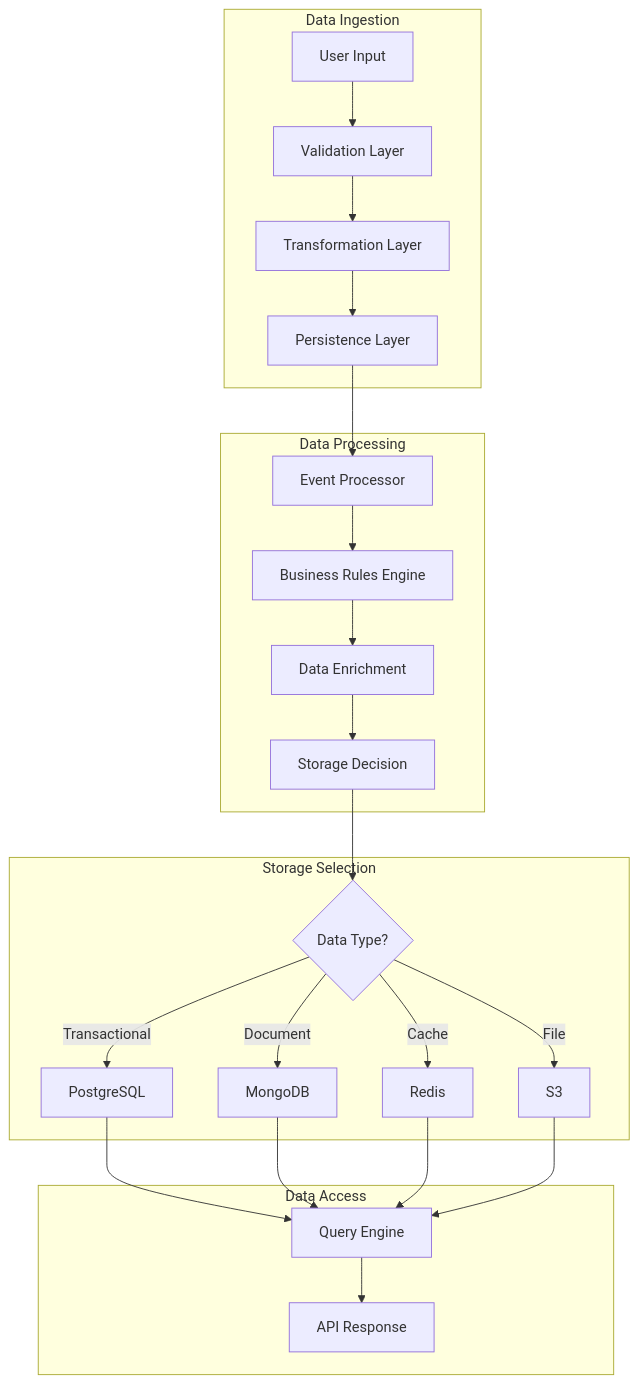
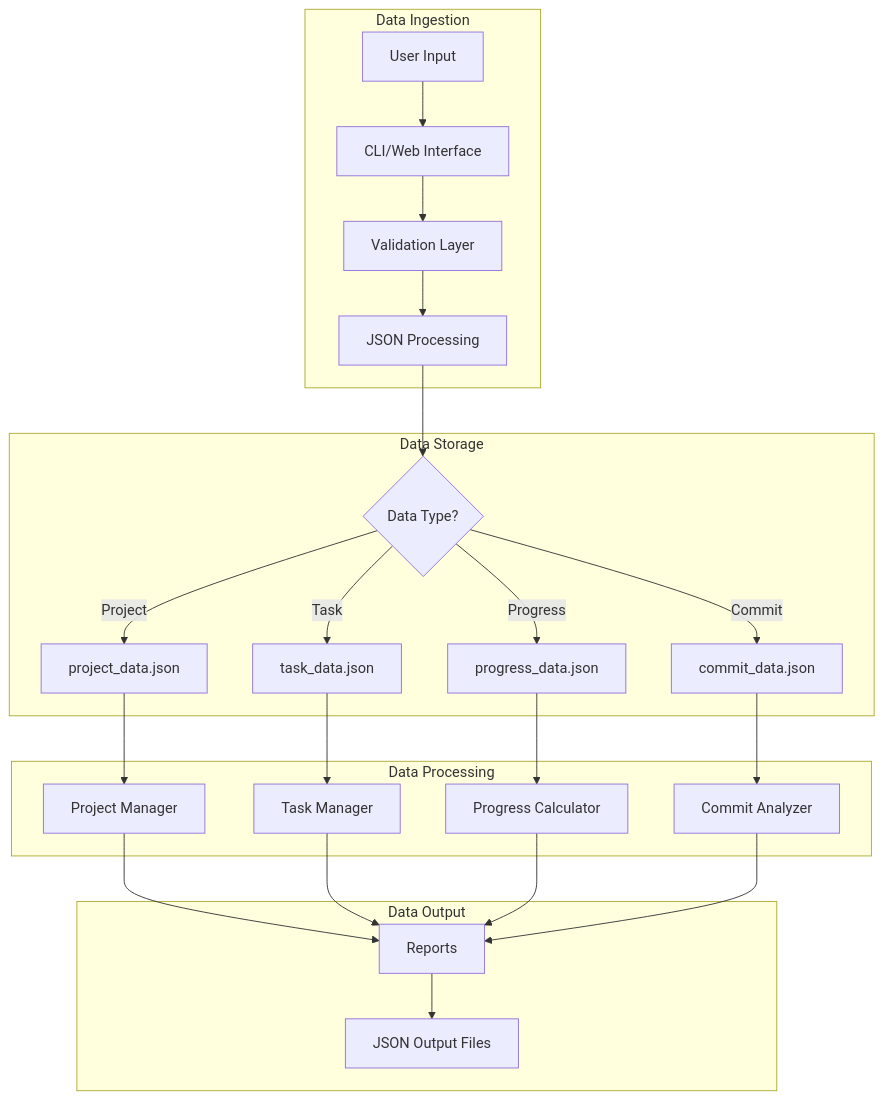
The tenth of 18 diagrams in Docs/Software_Engineering/Software_Architecture_Document.md (Shakour-Data/AutoProjectManagement), drawn with Mermaid before and after one commit. The commit also changed other lines of this file, not shown here.

````diff
--- a/Docs/Software_Engineering/Software_Architecture_Document.md
+++ b/Docs/Software_Engineering/Software_Architecture_Document.md
@@ -498,31 +493,31 @@
 ```mermaid
 flowchart TD
     subgraph "Data Ingestion"
-        A[User Input] --> B[Validation Layer]
-        B --> C[Transformation Layer]
-        C --> D[Persistence Layer]
+        A[User Input] --> B[CLI/Web Interface]
+        B --> C[Validation Layer]
+        C --> D[JSON Processing]
+    end
+    
+    subgraph "Data Storage"
+        D --> E{Data Type?}
+        E -->|Project| F[project_data.json]
+        E -->|Task| G[task_data.json]
+        E -->|Progress| H[progress_data.json]
+        E -->|Commit| I[commit_data.json]
     end
     
     subgraph "Data Processing"
-        D --> E[Event Processor]
-        E --> F[Business Rules Engine]
-        F --> G[Data Enrichment]
-        G --> H[Storage Decision]
+        F --> J[Project Manager]
+        G --> K[Task Manager]
+        H --> L[Progress Calculator]
+        I --> M[Commit Analyzer]
     end
     
-    subgraph "Storage Selection"
-        H --> I{Data Type?}
-        I -->|Transactional| J[PostgreSQL]
-        I -->|Document| K[MongoDB]
-        I -->|Cache| L[Redis]
-        I -->|File| M[S3]
-    end
-    
-    subgraph "Data Access"
-        J --> N[Query Engine]
+    subgraph "Data Output"
+        J --> N[Reports]
         K --> N
         L --> N
         M --> N
-        N --> O[API Response]
+        N --> O[JSON Output Files]
     end
 ```
````
